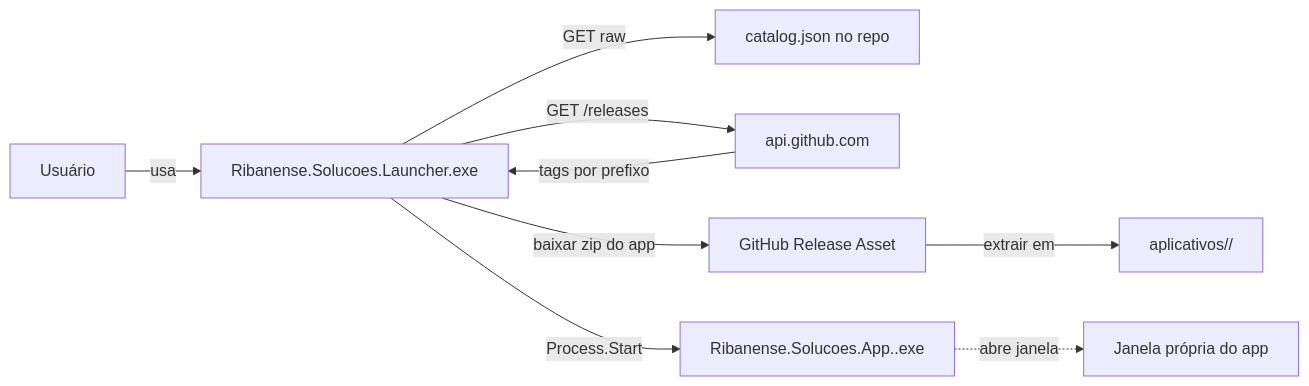
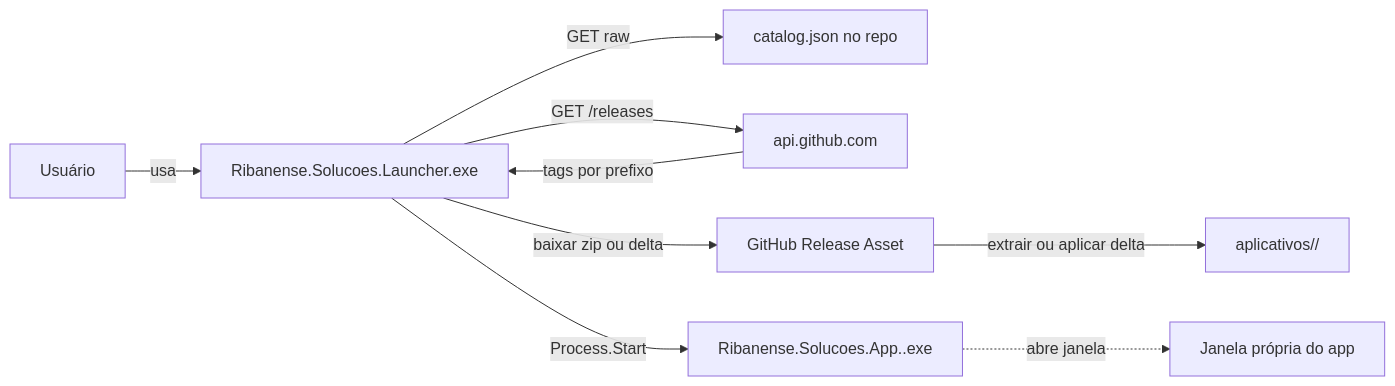
Before and after one commit to alpha6678/BananaSuisa: the diagram in docs/ARQUITETURA.md, drawn with Mermaid. The commit also changed other lines of this file and 8 other files, not shown here.

````diff
--- a/docs/ARQUITETURA.md
+++ b/docs/ARQUITETURA.md
@@ -7,11 +7,11 @@
 ```mermaid
 flowchart LR
   User[Usuário] -->|usa| Launcher[Ribanense.Solucoes.Launcher.exe]
   Launcher -->|GET raw| CatalogJson["catalog.json no repo"]
   Launcher -->|GET /releases| GhApi[api.github.com]
   GhApi -->|tags por prefixo| Launcher
-  Launcher -->|baixar zip do app| Release[GitHub Release Asset]
-  Release -->|extrair em| AppFolder["aplicativos/<Nome>/"]
+  Launcher -->|baixar zip ou delta| Release[GitHub Release Asset]
+  Release -->|extrair ou aplicar delta| AppFolder["aplicativos/<Nome>/"]
   Launcher -->|Process.Start| AppExe["Ribanense.Solucoes.App.<Nome>.exe"]
   AppExe -.abre janela.-> UserWindow[Janela própria do app]
 ```
````
